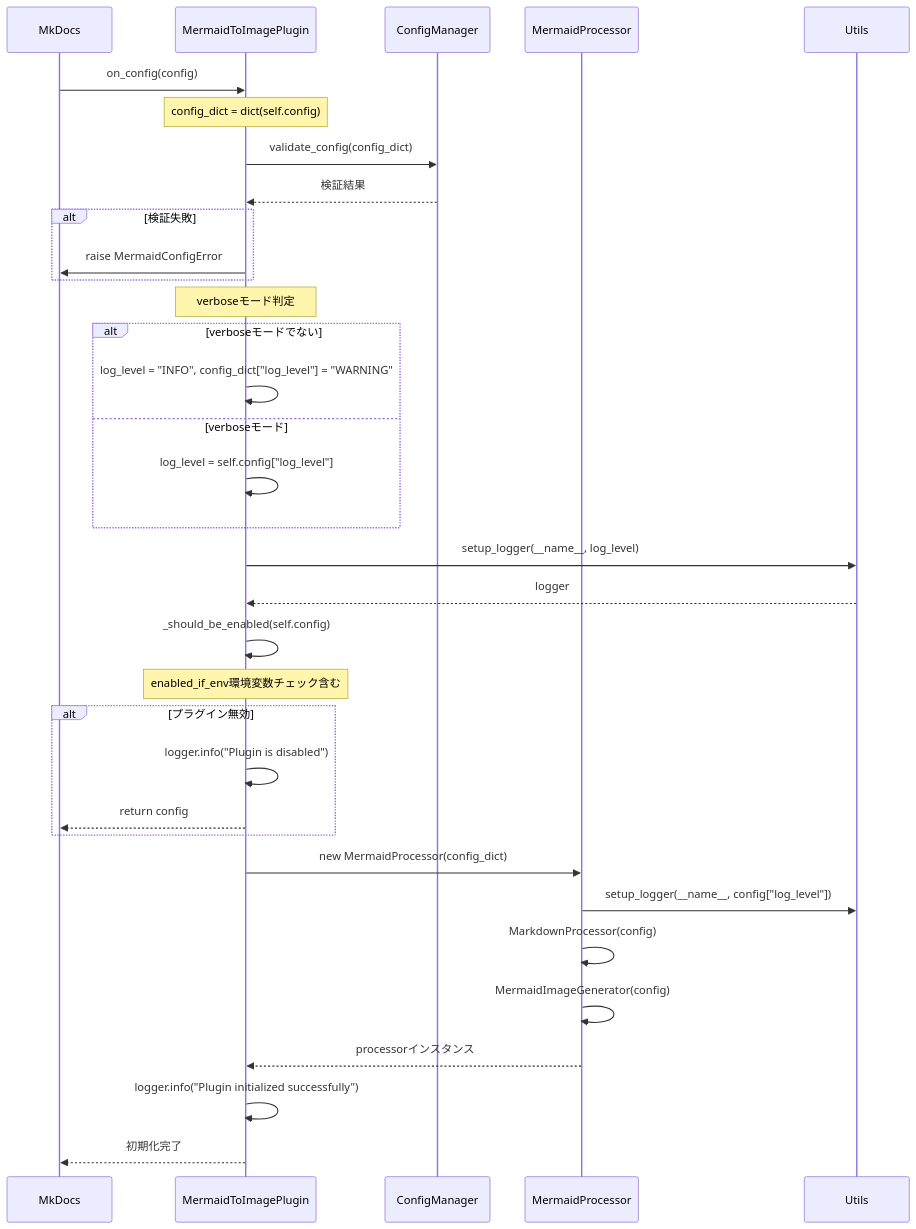
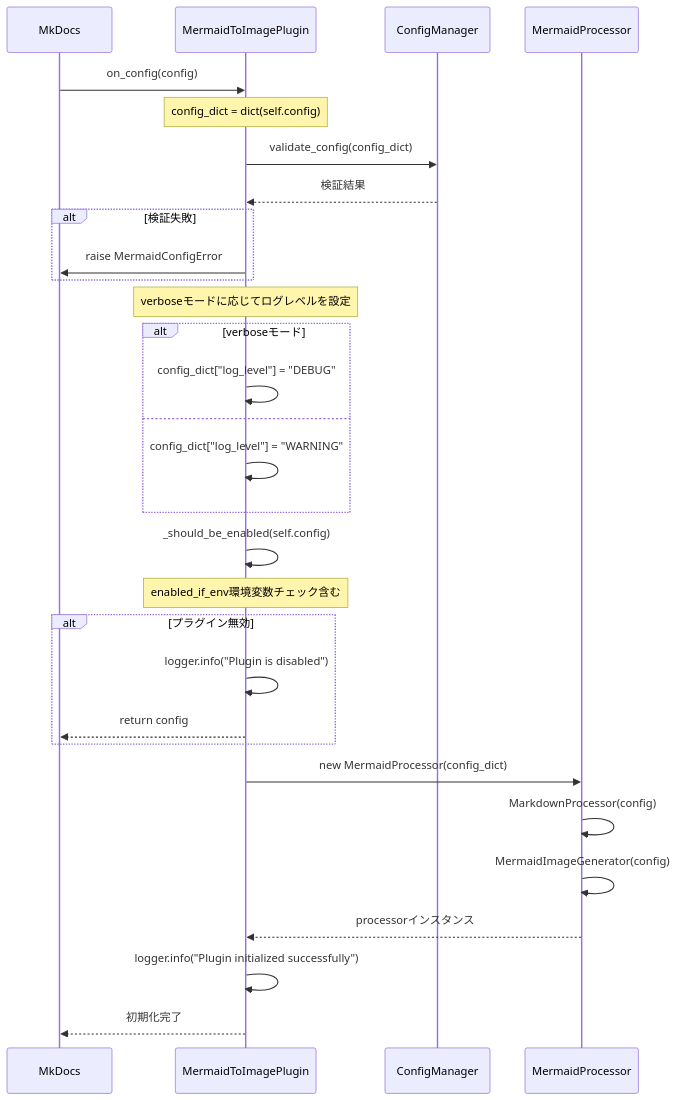
Before and after one commit to nuitsjp/mkdocs-mermaid-to-svg: the third of 7 diagrams in docs/architecture.md, drawn with Mermaid. The commit also changed other lines of this file, not shown here.

````diff
--- a/docs/architecture.md
+++ b/docs/architecture.md
@@ -162,43 +168,38 @@
 ```mermaid
 sequenceDiagram
     participant MkDocs
     participant Plugin as MermaidToImagePlugin
     participant CfgMgr as ConfigManager
     participant Proc as MermaidProcessor
-    participant Utils
 
     MkDocs->>Plugin: on_config(config)
 
     Note over Plugin: config_dict = dict(self.config)
     Plugin->>CfgMgr: validate_config(config_dict)
     CfgMgr-->>Plugin: 検証結果
     alt 検証失敗
         Plugin->>MkDocs: raise MermaidConfigError
     end
 
-    Note over Plugin: verboseモード判定
-    alt verboseモードでない
-        Plugin->>Plugin: log_level = "INFO", config_dict["log_level"] = "WARNING"
-    else verboseモード
-        Plugin->>Plugin: log_level = self.config["log_level"]
+    Note over Plugin: verboseモードに応じてログレベルを設定
+    alt verboseモード
+        Plugin->>Plugin: config_dict["log_level"] = "DEBUG"
+    else
+        Plugin->>Plugin: config_dict["log_level"] = "WARNING"
     end
-
-    Plugin->>Utils: setup_logger(__name__, log_level)
-    Utils-->>Plugin: logger
 
     Plugin->>Plugin: _should_be_enabled(self.config)
     Note over Plugin: enabled_if_env環境変数チェック含む
     alt プラグイン無効
         Plugin->>Plugin: logger.info("Plugin is disabled")
         Plugin-->>MkDocs: return config
     end
 
     Plugin->>Proc: new MermaidProcessor(config_dict)
-    Proc->>Utils: setup_logger(__name__, config["log_level"])
     Proc->>Proc: MarkdownProcessor(config)
     Proc->>Proc: MermaidImageGenerator(config)
     Proc-->>Plugin: processorインスタンス
 
     Plugin->>Plugin: logger.info("Plugin initialized successfully")
     Plugin-->>MkDocs: 初期化完了
 ```
````
